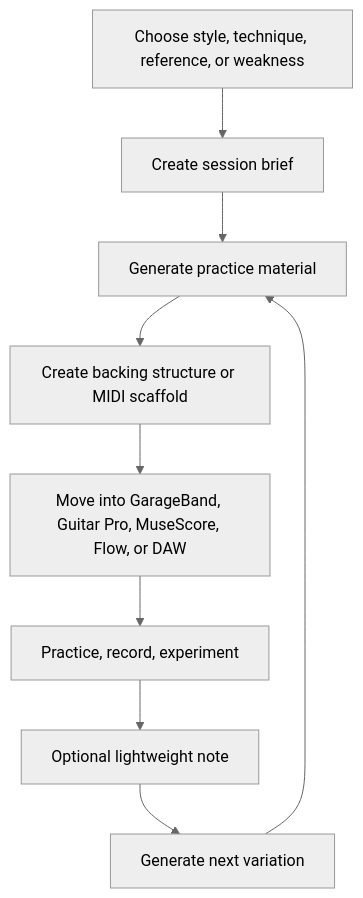
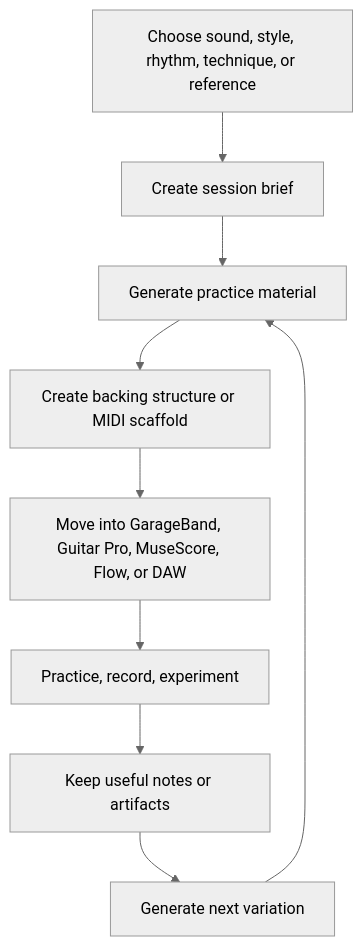
The diagram in README.md (ryjen/guitar-practice-system), drawn with Mermaid (neutral theme) before and after one commit. The commit also changed other lines of this file, not shown here.

````diff
--- a/README.md
+++ b/README.md
@@ -56,11 +44,11 @@
 ```mermaid
 flowchart TD
-    A[Choose style, technique, reference, or weakness] --> B[Create session brief]
+    A[Choose sound, style, rhythm, technique, or reference] --> B[Create session brief]
     B --> C[Generate practice material]
     C --> D[Create backing structure or MIDI scaffold]
     D --> E[Move into GarageBand, Guitar Pro, MuseScore, Flow, or DAW]
     E --> F[Practice, record, experiment]
-    F --> G[Optional lightweight note]
+    F --> G[Keep useful notes or artifacts]
     G --> H[Generate next variation]
     H --> C
 ```
````
